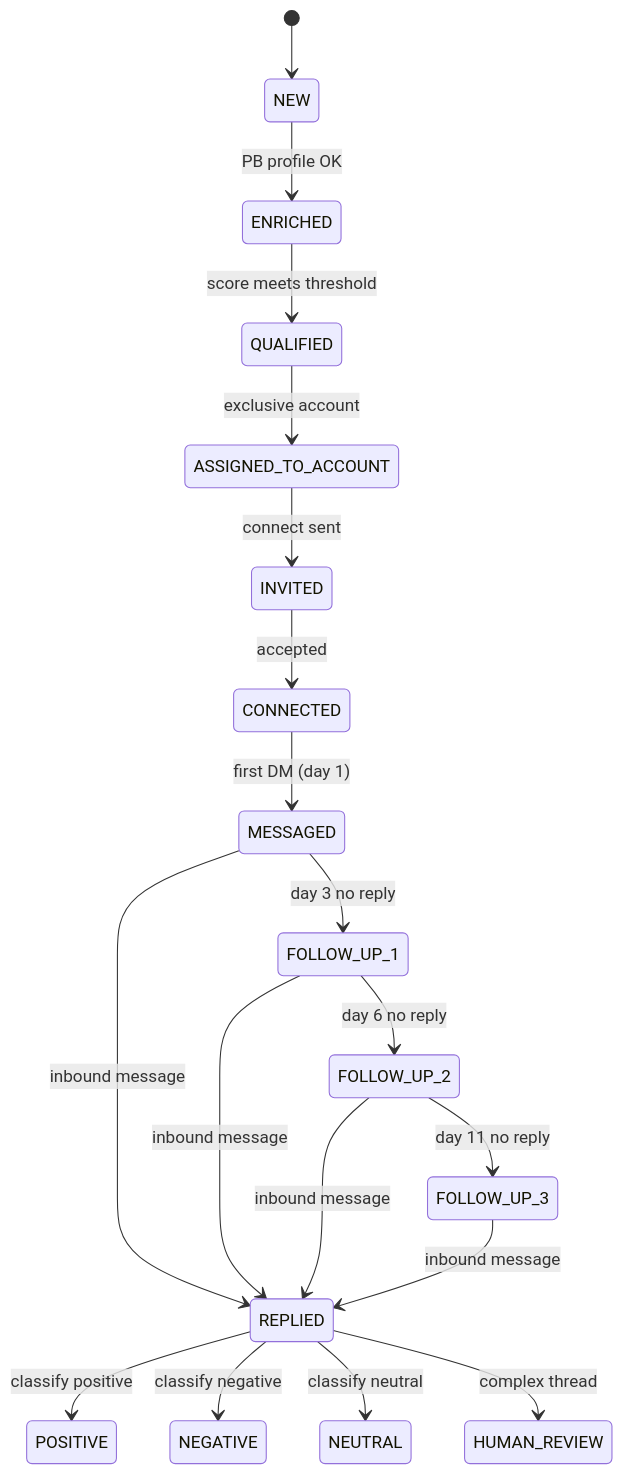
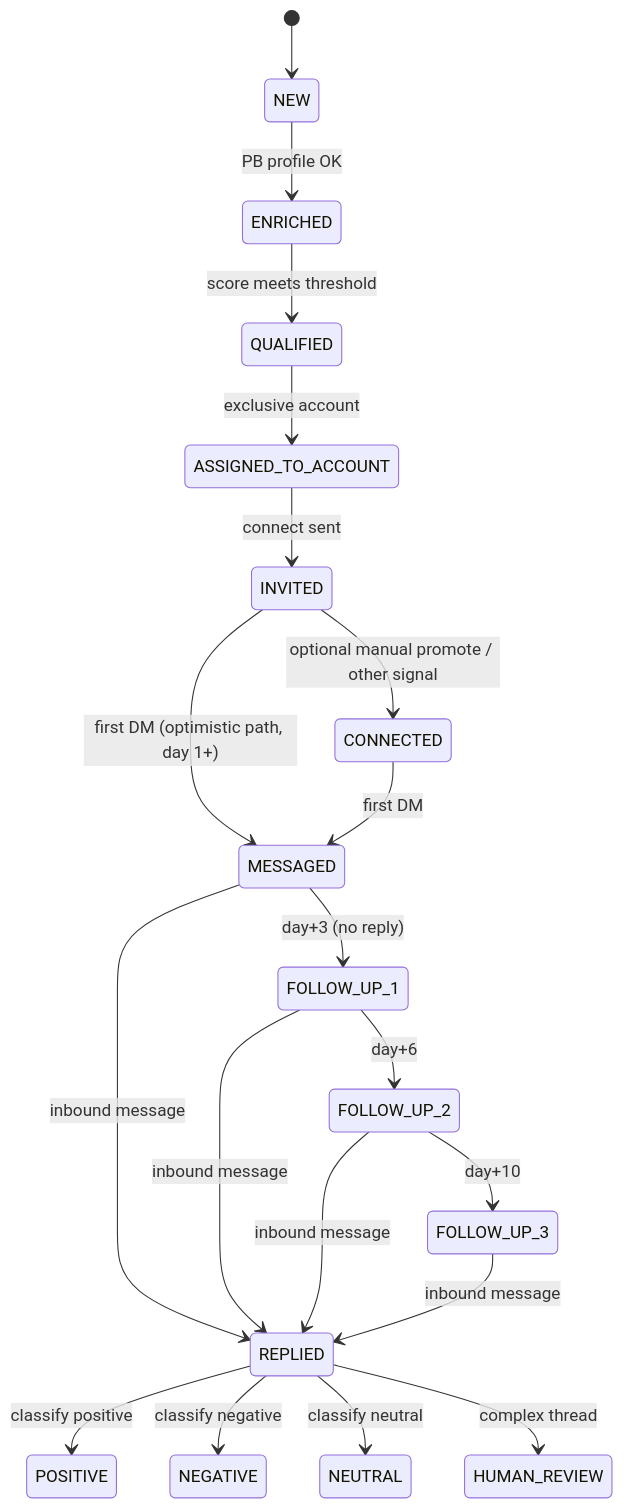
Before and after one commit to hamzaparvez-dev/linkedin-automation: the second of 3 diagrams in README.md, drawn with Mermaid. The commit also changed other lines of this file and 18 other files, not shown here.

First line of the commit message:
Engagement: optimistic DMs, follow-up PB handling, AI/phantom limits

````diff
--- a/README.md
+++ b/README.md
@@ -320,21 +324,22 @@
 ```mermaid
 stateDiagram-v2
   [*] --> NEW
   NEW --> ENRICHED: PB profile OK
   ENRICHED --> QUALIFIED: score meets threshold
   QUALIFIED --> ASSIGNED_TO_ACCOUNT: exclusive account
   ASSIGNED_TO_ACCOUNT --> INVITED: connect sent
-  INVITED --> CONNECTED: accepted
-  CONNECTED --> MESSAGED: first DM (day 1)
-  MESSAGED --> FOLLOW_UP_1: day 3 no reply
-  FOLLOW_UP_1 --> FOLLOW_UP_2: day 6 no reply
-  FOLLOW_UP_2 --> FOLLOW_UP_3: day 11 no reply
+  INVITED --> CONNECTED: optional manual promote / other signal
+  INVITED --> MESSAGED: first DM (optimistic path, day 1+)
+  CONNECTED --> MESSAGED: first DM
+  MESSAGED --> FOLLOW_UP_1: day+3 (no reply)
+  FOLLOW_UP_1 --> FOLLOW_UP_2: day+6
+  FOLLOW_UP_2 --> FOLLOW_UP_3: day+10
   MESSAGED --> REPLIED: inbound message
   FOLLOW_UP_1 --> REPLIED: inbound message
   FOLLOW_UP_2 --> REPLIED: inbound message
   FOLLOW_UP_3 --> REPLIED: inbound message
   REPLIED --> POSITIVE: classify positive
   REPLIED --> NEGATIVE: classify negative
   REPLIED --> NEUTRAL: classify neutral
   REPLIED --> HUMAN_REVIEW: complex thread
 ```
````
